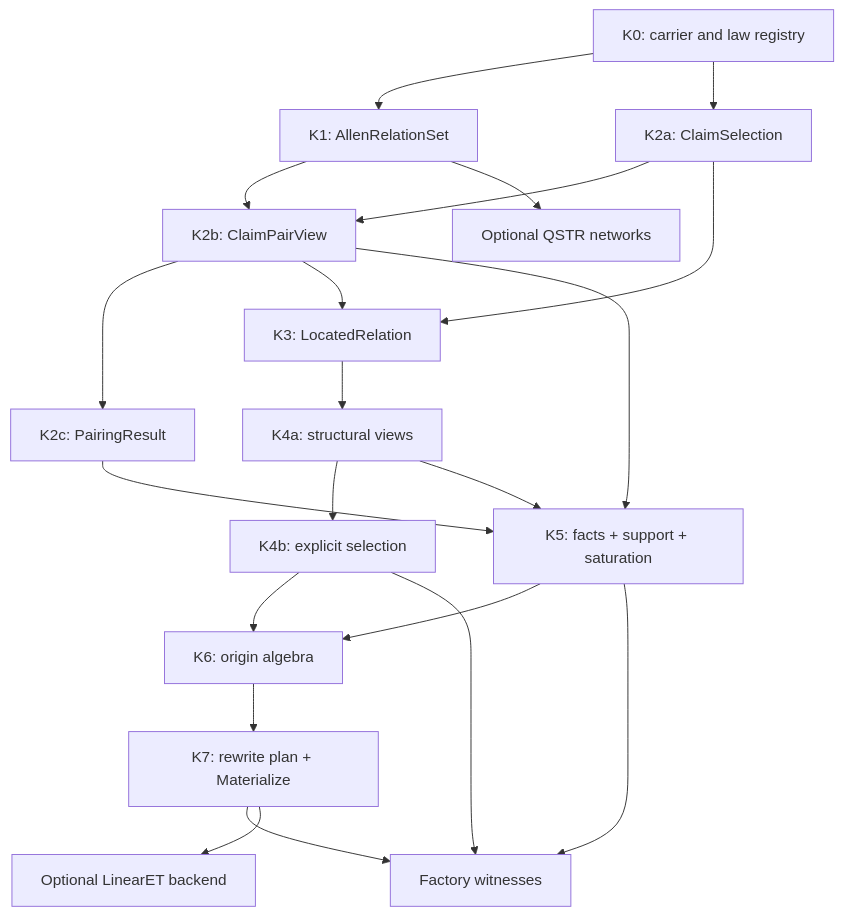
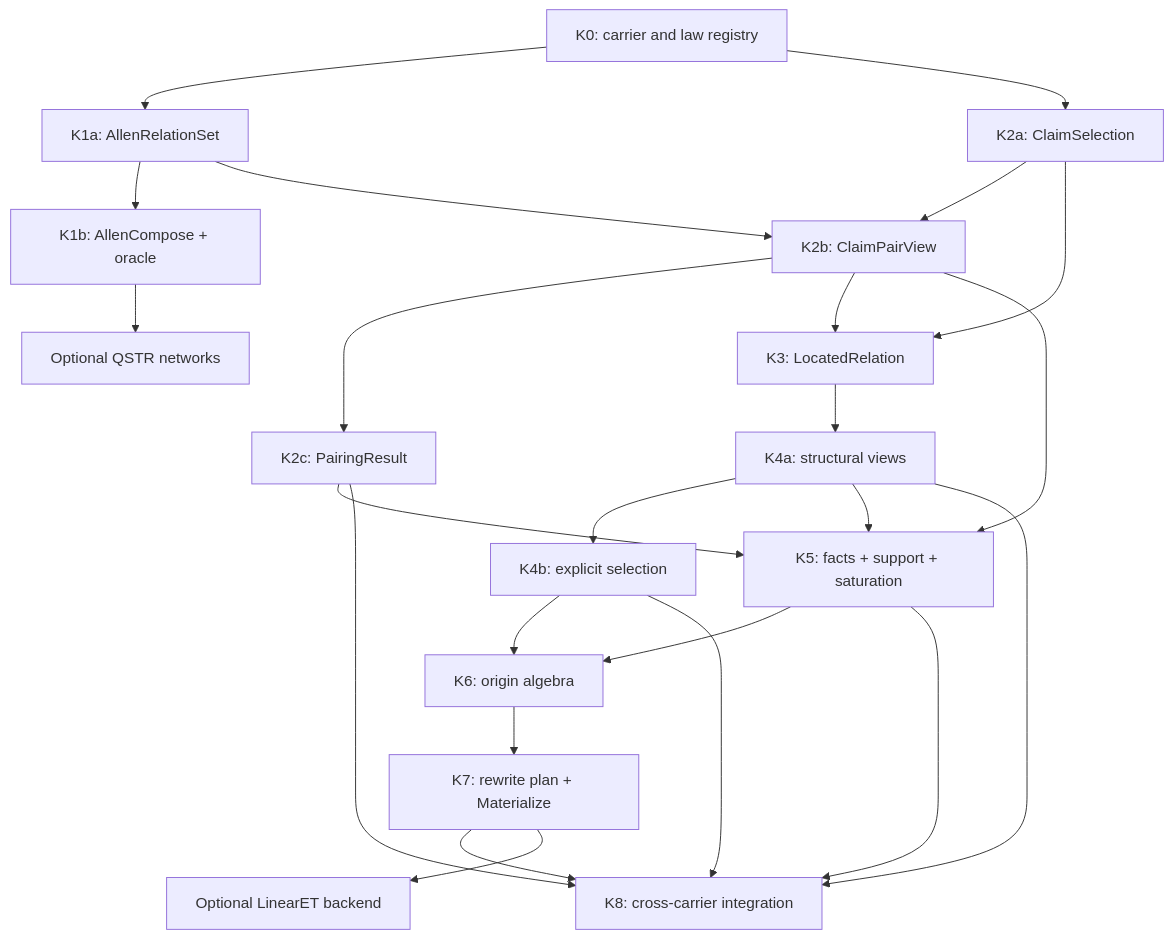
Before and after one commit to aghado01/codex-scientiae: the diagram in issues/doccer/planning/architecture-expansion-workplan.md, drawn with Mermaid. The commit also changed other lines of this file and 12 other files, not shown here.

```diff
--- a/issues/doccer/planning/architecture-expansion-workplan.md
+++ b/issues/doccer/planning/architecture-expansion-workplan.md
@@ -139,38 +139,42 @@
 ~~~mermaid
 flowchart TD
     K0["K0: carrier and law registry"]
-    K1["K1: AllenRelationSet"]
+    K1A["K1a: AllenRelationSet"]
+    K1B["K1b: AllenCompose + oracle"]
     K2A["K2a: ClaimSelection"]
     K2B["K2b: ClaimPairView"]
     K2C["K2c: PairingResult"]
     K3["K3: LocatedRelation"]
     K4A["K4a: structural views"]
     K4B["K4b: explicit selection"]
     K5["K5: facts + support + saturation"]
     K6["K6: origin algebra"]
     K7["K7: rewrite plan + Materialize"]
-    W["Factory witnesses"]
+    W["K8: cross-carrier integration"]
     Q["Optional QSTR networks"]
     ET["Optional LinearET backend"]
 
-    K0 --> K1
+    K0 --> K1A
+    K1A --> K1B
     K0 --> K2A
-    K1 --> K2B
+    K1A --> K2B
     K2A --> K2B
     K2B --> K2C
     K2A --> K3
     K2B --> K3
     K3 --> K4A
     K4A --> K4B
     K2B --> K5
     K2C --> K5
     K4A --> K5
     K4B --> K6
     K5 --> K6
     K6 --> K7
-    K7 --> W
+    K2C --> W
+    K4A --> W
     K4B --> W
     K5 --> W
-    K1 --> Q
+    K7 --> W
+    K1B --> Q
     K7 --> ET
 ~~~
```
